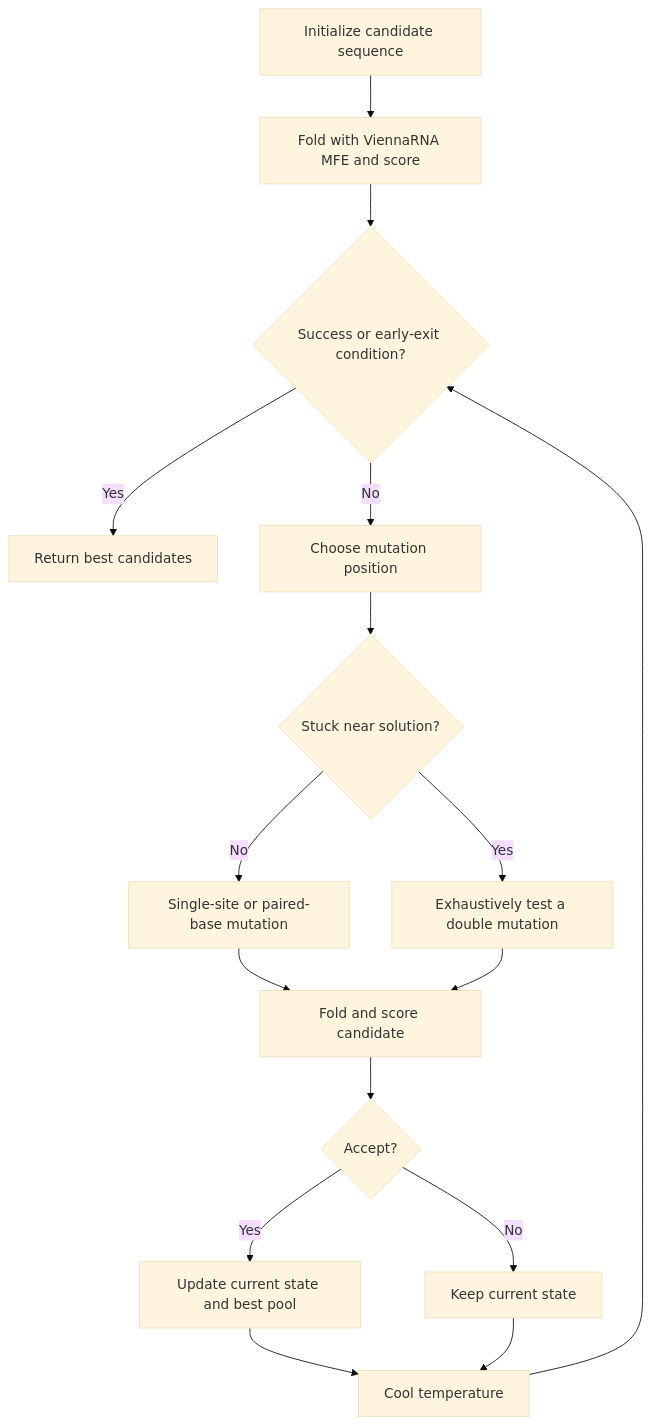
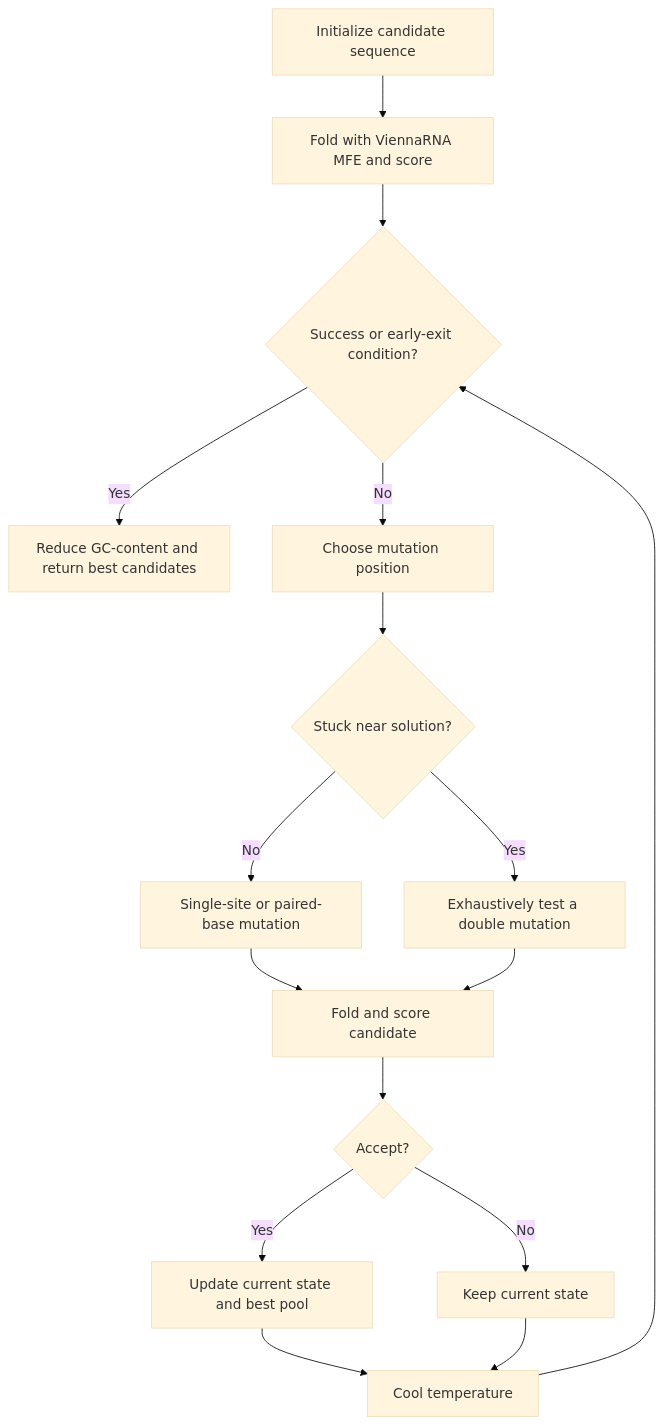
Before and after one commit to HenrikMengkrogen/Ribologic_iGEM_BACKUP: the third of 3 diagrams in README.md, drawn with Mermaid (base theme).

````diff
--- a/README.md
+++ b/README.md
@@ -71,18 +71,18 @@
 ```mermaid
 flowchart TD
     A[Initialize candidate sequence] --> B[Fold with ViennaRNA MFE and score]
     B --> C{Success or early-exit condition?}
-    C -- Yes --> Z[Return best candidates]
+    C -- Yes --> Z[Reduce GC-content and return best candidates]
     C -- No --> D[Choose mutation position]
     D --> E{Stuck near solution?}
     E -- No --> F[Single-site or paired-base mutation]
     E -- Yes --> G[Exhaustively test a double mutation]
     F --> H[Fold and score candidate]
     G --> H
     H --> I{Accept?}
     I -- Yes --> J[Update current state and best pool]
     I -- No --> K[Keep current state]
     J --> L[Cool temperature]
     K --> L
     L --> C
 ```
````
